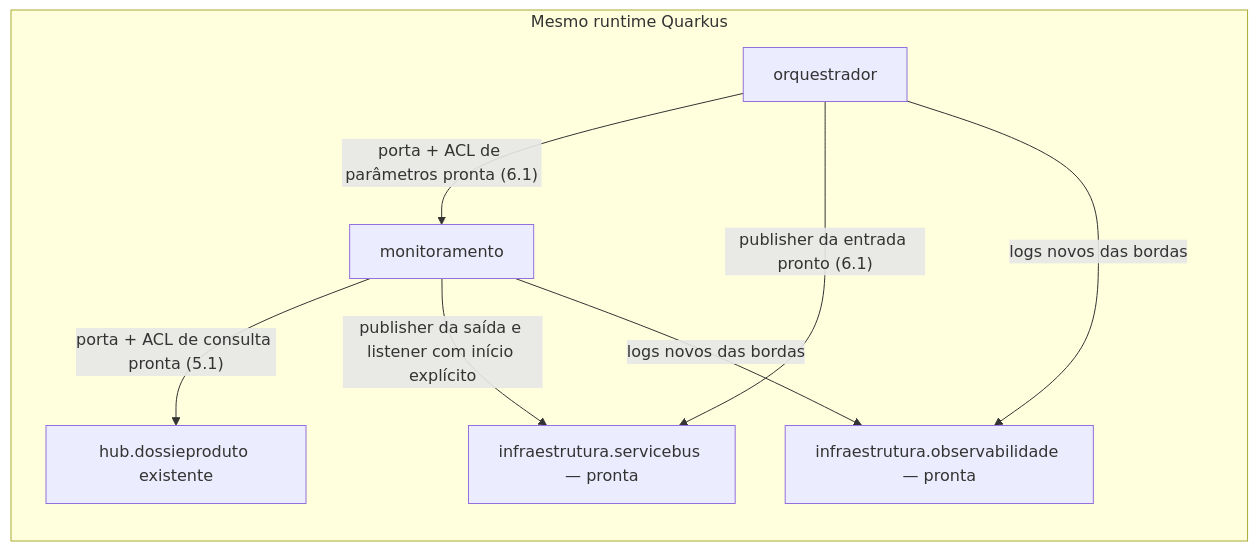
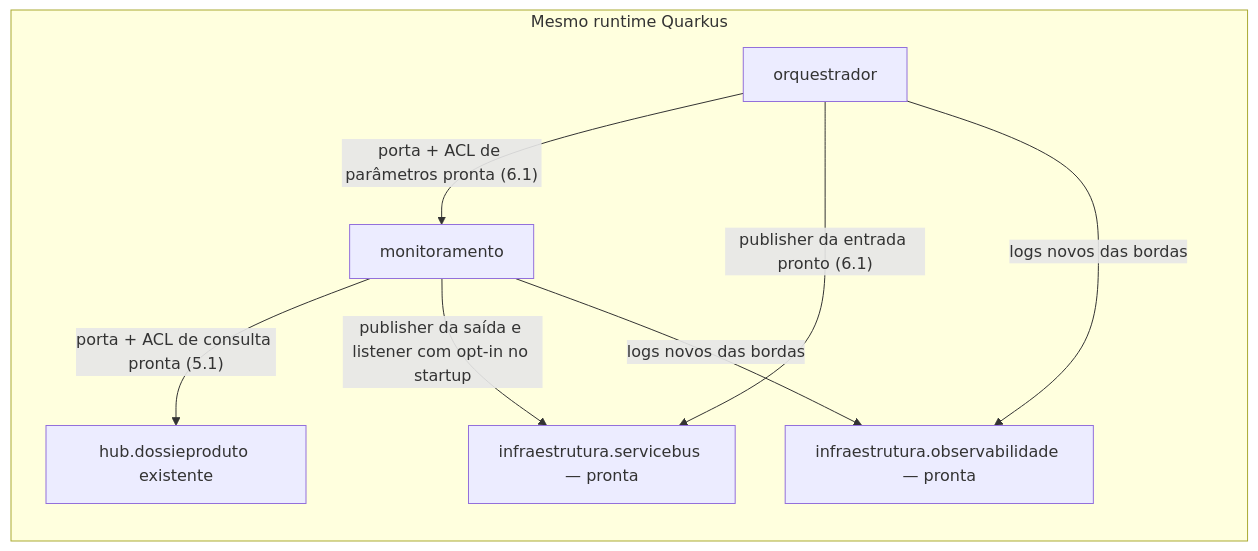
Before and after one commit to edoardo-bianco/arvore-documento-quarkus-proxy-ft-simulador-otel: the first of 2 diagrams in doc/guias/guia-service-bus-amqp-dossie.md, drawn with Mermaid. The commit also changed other lines of this file and 12 other files, not shown here.

````diff
--- a/doc/guias/guia-service-bus-amqp-dossie.md
+++ b/doc/guias/guia-service-bus-amqp-dossie.md
@@ -94,16 +103,16 @@
 ```mermaid
 flowchart LR
     subgraph APP["Mesmo runtime Quarkus"]
         ORQ["orquestrador"]
         MON["monitoramento"]
         HUB["hub.dossieproduto existente"]
         SB["infraestrutura.servicebus — pronta"]
         OBS["infraestrutura.observabilidade — pronta"]
         ORQ -->|"porta + ACL de parâmetros pronta (6.1)"| MON
         MON -->|"porta + ACL de consulta pronta (5.1)"| HUB
         ORQ -->|"publisher da entrada pronto (6.1)"| SB
-        MON -->|"publisher da saída e listener com início explícito"| SB
+        MON -->|"publisher da saída e listener com opt-in no startup"| SB
         ORQ -->|"logs novos das bordas"| OBS
         MON -->|"logs novos das bordas"| OBS
     end
 ```
````
